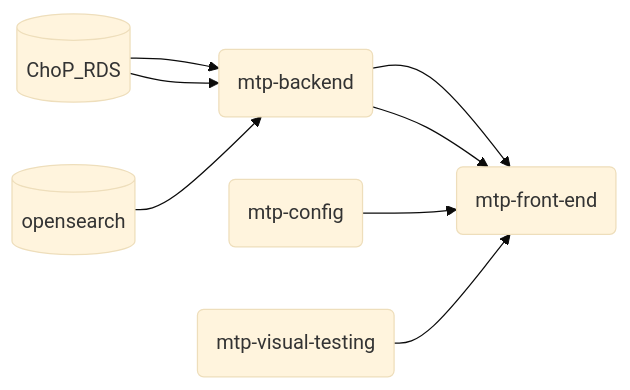
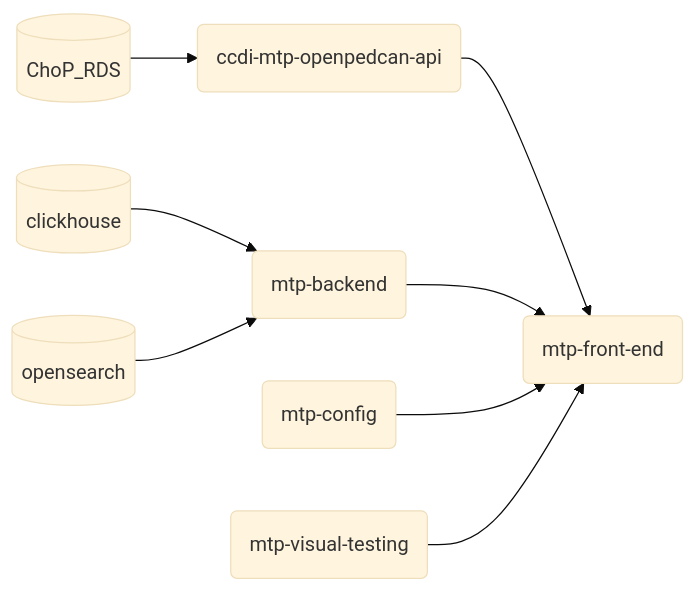
One commit to CBIIT/ccdi-mtp-starter-kit changed the second of 2 diagrams in README.md. Above: the diagram before and after it, drawn with Mermaid (base theme).

````diff
--- a/README.md
+++ b/README.md
@@ -74,11 +74,11 @@
 ```mermaid
   flowchart LR
        dbCH[(clickhouse)]-->bk("mtp-backend")
-       dbCH[(ChoP_RDS)]-->bk("ccdi-mtp-openpedcan-api")
+       dbRDS[(ChoP_RDS)]-->ChoP_bk("ccdi-mtp-openpedcan-api")
        dbOS[(opensearch)]-->bk("mtp-backend")
-       bk("ccdi-mtp-openpedcan-api")-->fe("mtp-front-end")
+       ChoP_bk("ccdi-mtp-openpedcan-api")-->fe("mtp-front-end")
        bk("mtp-backend")-->fe("mtp-front-end")
        config("mtp-config")-->fe("mtp-front-end")
        dv("mtp-visual-testing")-->fe("mtp-front-end")
 
 ```
````
